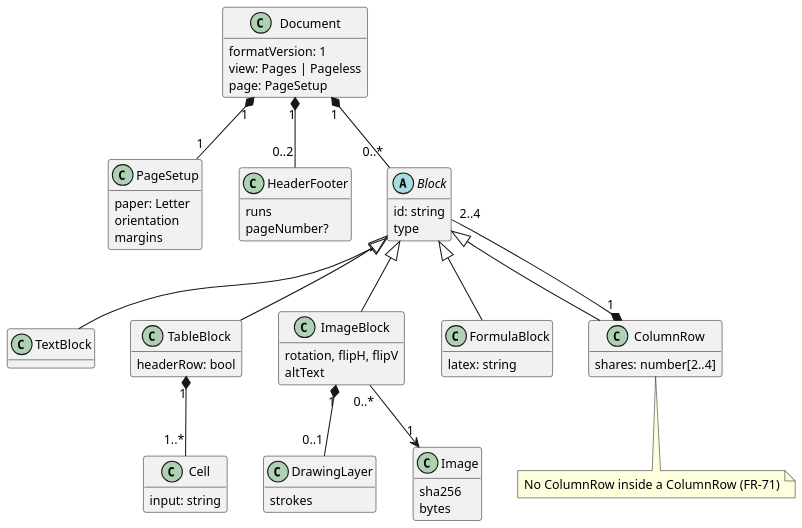
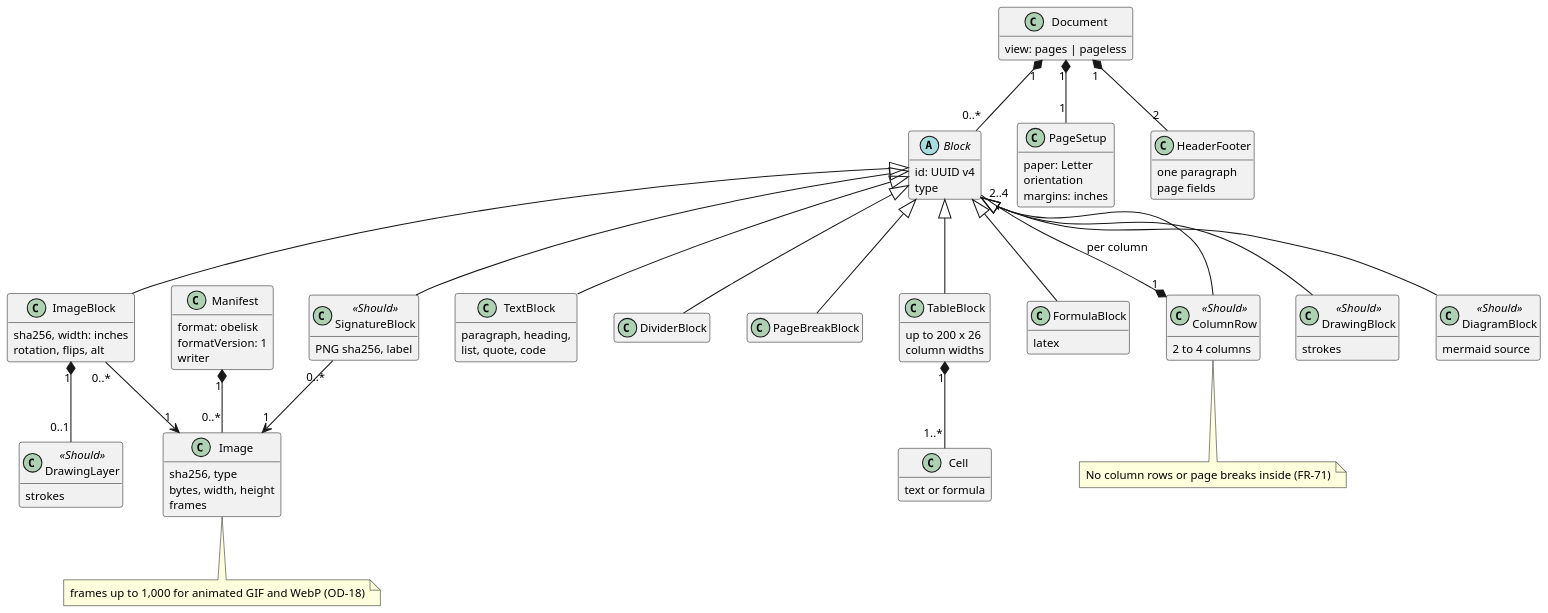
Before and after one commit to fillicianoplong/obelisk: the diagram in docs/diagrams/04-class.puml, drawn with PlantUML. The commit also changed 19 other files, not shown here.

Commit message:
Docs: SRS and architecture 1.1 (design, data model, and security review fixes)

```diff
--- a/docs/diagrams/04-class.puml
+++ b/docs/diagrams/04-class.puml
@@ -1,62 +1,90 @@
 @startuml obelisk_class
 skinparam shadowing false
 skinparam defaultFontName Arial
-skinparam defaultFontSize 12
+skinparam defaultFontSize 11
 skinparam dpi 140
 hide methods
+hide empty members
+class Manifest {
+  format: obelisk
+  formatVersion: 1
+  writer
+}
 class Document {
-  formatVersion: 1
-  view: Pages | Pageless
-  page: PageSetup
+  view: pages | pageless
 }
 class PageSetup {
   paper: Letter
   orientation
-  margins
+  margins: inches
 }
 class HeaderFooter {
-  runs
-  pageNumber?
+  one paragraph
+  page fields
 }
 abstract class Block {
-  id: string
+  id: UUID v4
   type
 }
-class TextBlock
+class TextBlock {
+  paragraph, heading,
+  list, quote, code
+}
+class DividerBlock
+class PageBreakBlock
 class TableBlock {
-  headerRow: bool
+  up to 200 x 26
+  column widths
 }
 class Cell {
-  input: string
+  text or formula
 }
 class ImageBlock {
-  rotation, flipH, flipV
-  altText
+  sha256, width: inches
+  rotation, flips, alt
 }
 class FormulaBlock {
-  latex: string
+  latex
 }
-class ColumnRow {
-  shares: number[2..4]
+class ColumnRow <<Should>> {
+  2 to 4 columns
 }
-class DrawingLayer {
+class DrawingBlock <<Should>> {
+  strokes
+}
+class SignatureBlock <<Should>> {
+  PNG sha256, label
+}
+class DiagramBlock <<Should>> {
+  mermaid source
+}
+class DrawingLayer <<Should>> {
   strokes
 }
 class Image {
-  sha256
-  bytes
+  sha256, type
+  bytes, width, height
+  frames
 }
+Manifest "1" *-- "0..*" Image
 Document "1" *-- "1" PageSetup
-Document "1" *-- "0..2" HeaderFooter
+Document "1" *-- "2" HeaderFooter
 Document "1" *-- "0..*" Block
 Block <|-- TextBlock
+Block <|-- DividerBlock
+Block <|-- PageBreakBlock
 Block <|-- TableBlock
 Block <|-- ImageBlock
 Block <|-- FormulaBlock
 Block <|-- ColumnRow
+Block <|-- DrawingBlock
+Block <|-- SignatureBlock
+Block <|-- DiagramBlock
 TableBlock "1" *-- "1..*" Cell
-ColumnRow "1" *-- "2..4" Block
+ColumnRow "1" *-- "2..4" Block : per column
 ImageBlock "0..*" --> "1" Image
+SignatureBlock "0..*" --> "1" Image
 ImageBlock "1" *-- "0..1" DrawingLayer
-note bottom of ColumnRow : No ColumnRow inside a ColumnRow (FR-71)
+note bottom of ColumnRow : No column rows or page breaks inside (FR-71)
+note bottom of Image : frames up to 1,000 for animated GIF and WebP (OD-18)
 @enduml
```
